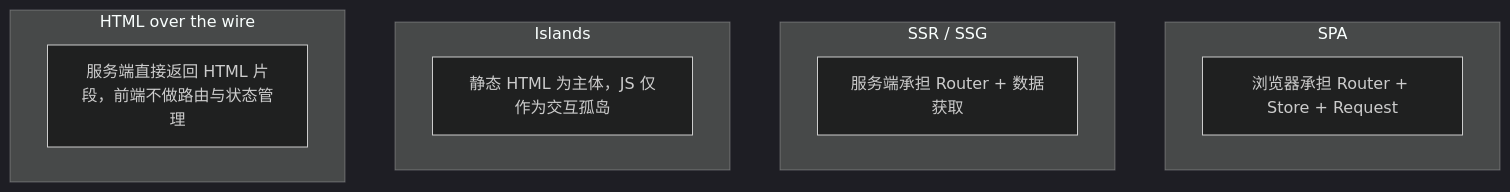
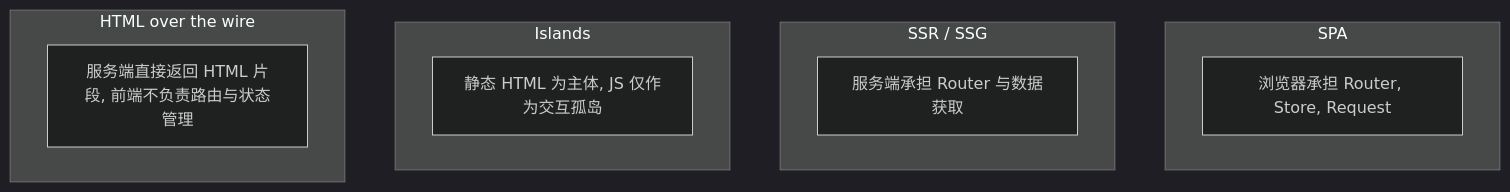
Before and after one commit to Tonite14/tonite14.github.io: the third of 3 diagrams in _posts/2026-08-02-mvvm-business-logic.md, drawn with Mermaid (dark theme).

````diff
--- a/_posts/2026-08-02-mvvm-business-logic.md
+++ b/_posts/2026-08-02-mvvm-business-logic.md
@@ -80,15 +80,15 @@
 ```mermaid
 graph TD
     subgraph SPA
-        A1[浏览器承担 Router + Store + Request]
+        A1[浏览器承担 Router, Store, Request]
     end
-    subgraph SSR / SSG
-        A2[服务端承担 Router + 数据获取]
+    subgraph "SSR / SSG"
+        A2[服务端承担 Router 与数据获取]
     end
     subgraph Islands
-        A3[静态 HTML 为主体，JS 仅作为交互孤岛]
+        A3[静态 HTML 为主体, JS 仅作为交互孤岛]
     end
-    subgraph HTML over the wire
-        A4[服务端直接返回 HTML 片段，前端不做路由与状态管理]
+    subgraph "HTML over the wire"
+        A4[服务端直接返回 HTML 片段, 前端不负责路由与状态管理]
     end
 ```
````
